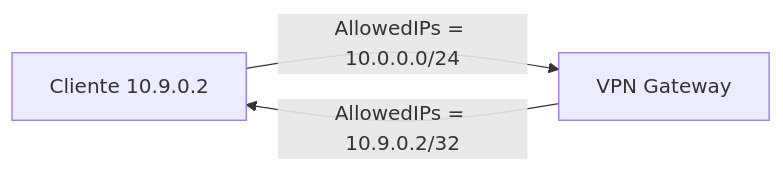
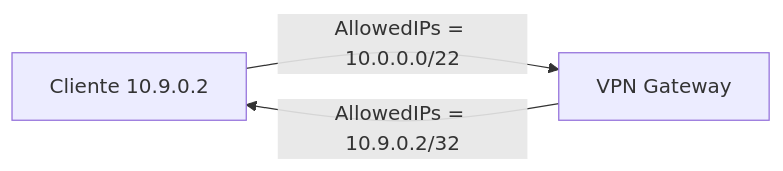
Before and after one commit to asideloko/Networking-Lab: the fourth of 4 diagrams in docs/labs/lab-09/index.md, drawn with Mermaid. The commit also changed other lines of this file and 18 other files, not shown here.

````diff
--- a/docs/labs/lab-09/index.md
+++ b/docs/labs/lab-09/index.md
@@ -448,5 +448,5 @@
 ```mermaid
 graph LR
-    C["Cliente 10.9.0.2"] -- "AllowedIPs = 10.0.0.0/24" --> G["VPN Gateway"]
+    C["Cliente 10.9.0.2"] -- "AllowedIPs = 10.0.0.0/22" --> G["VPN Gateway"]
     G -- "AllowedIPs = 10.9.0.2/32" --> C
 ```
````
